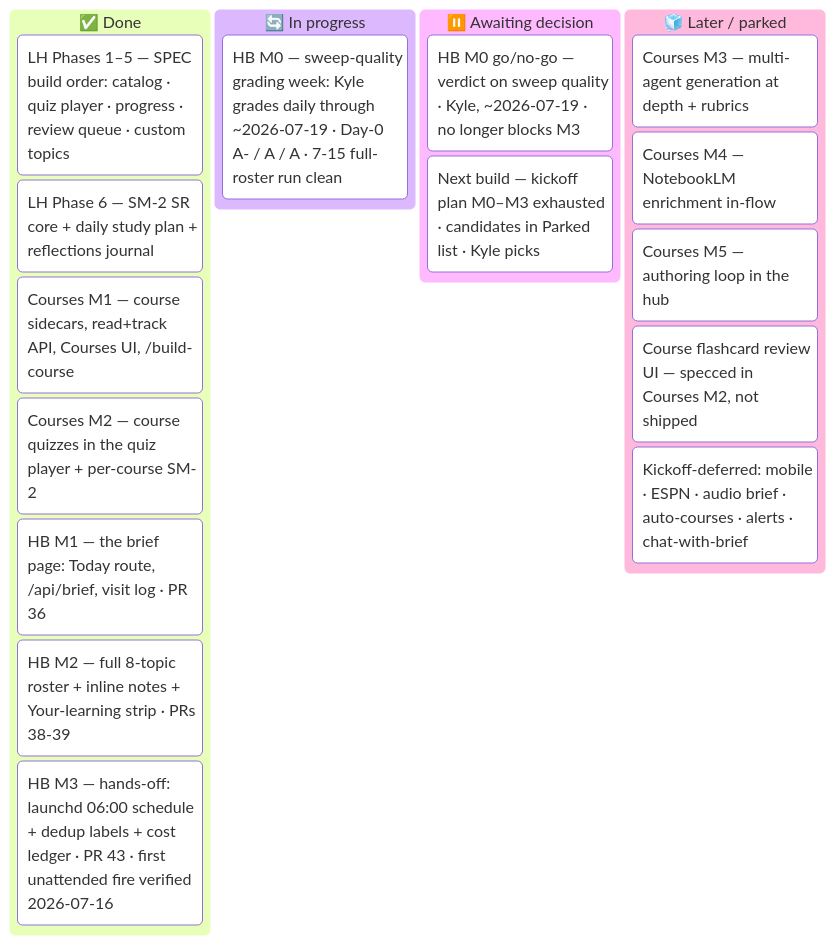
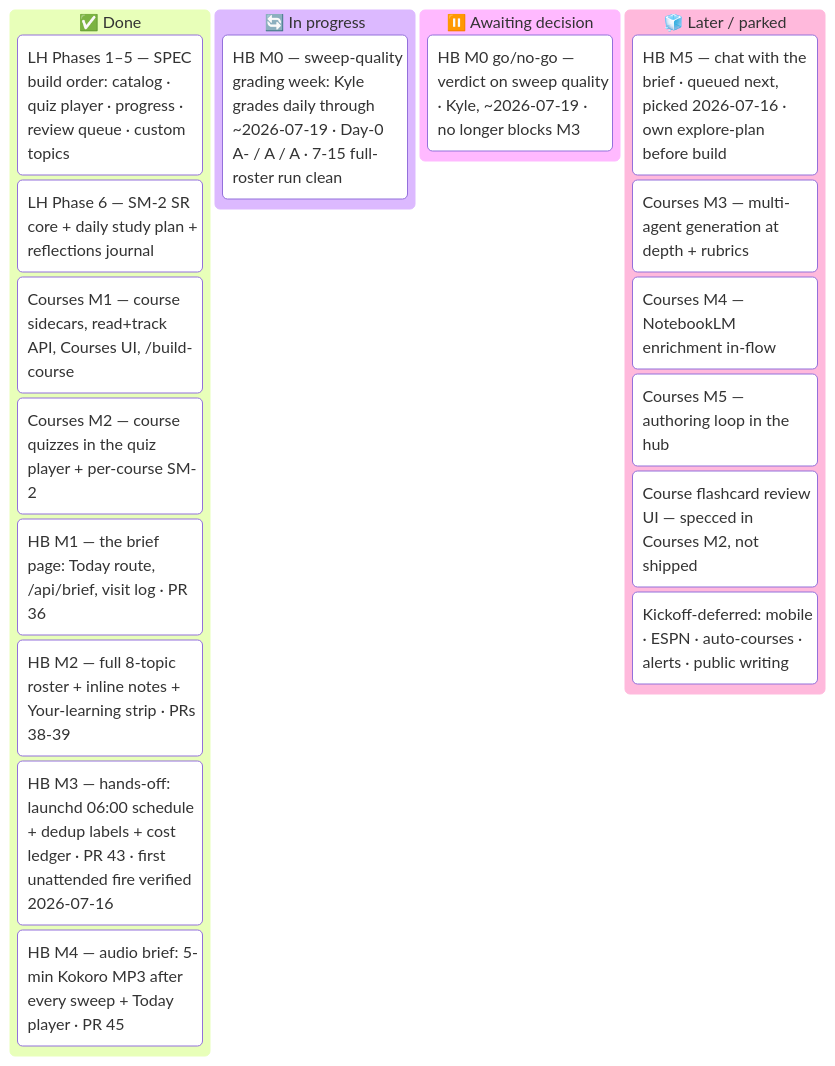
One commit to ksdisch/home-base changed the diagram in docs/MASTER_PLAN.md. Above: the diagram before and after it, drawn with Mermaid. The commit also changed other lines of this file and 13 other files, not shown here.

````diff
--- a/docs/MASTER_PLAN.md
+++ b/docs/MASTER_PLAN.md
@@ -35,22 +37,23 @@
 ```mermaid
 kanban
   done["✅ Done"]
     lh15["LH Phases 1–5 — SPEC build order: catalog · quiz player · progress · review queue · custom topics"]
     lh6["LH Phase 6 — SM-2 SR core + daily study plan + reflections journal"]
     lh7["Courses M1 — course sidecars, read+track API, Courses UI, /build-course"]
     lh7m2["Courses M2 — course quizzes in the quiz player + per-course SM-2"]
     hbm1["HB M1 — the brief page: Today route, /api/brief, visit log · PR 36"]
     hbm2["HB M2 — full 8-topic roster + inline notes + Your-learning strip · PRs 38-39"]
     hbm3["HB M3 — hands-off: launchd 06:00 schedule + dedup labels + cost ledger · PR 43 · first unattended fire verified 2026-07-16"]
+    hbm4["HB M4 — audio brief: 5-min Kokoro MP3 after every sweep + Today player · PR 45"]
   doing["🔄 In progress"]
     hbm0["HB M0 — sweep-quality grading week: Kyle grades daily through ~2026-07-19 · Day-0 A- / A / A · 7-15 full-roster run clean"]
   decide["⏸️ Awaiting decision"]
     hbm0verdict["HB M0 go/no-go — verdict on sweep quality · Kyle, ~2026-07-19 · no longer blocks M3"]
-    hbnext["Next build — kickoff plan M0–M3 exhausted · candidates in Parked list · Kyle picks"]
   later["🧊 Later / parked"]
+    hbm5["HB M5 — chat with the brief · queued next, picked 2026-07-16 · own explore-plan before build"]
     cm3["Courses M3 — multi-agent generation at depth + rubrics"]
     cm4["Courses M4 — NotebookLM enrichment in-flow"]
     cm5["Courses M5 — authoring loop in the hub"]
     fcui["Course flashcard review UI — specced in Courses M2, not shipped"]
-    defer["Kickoff-deferred: mobile · ESPN · audio brief · auto-courses · alerts · chat-with-brief"]
+    defer["Kickoff-deferred: mobile · ESPN · auto-courses · alerts · public writing"]
 ```
````
